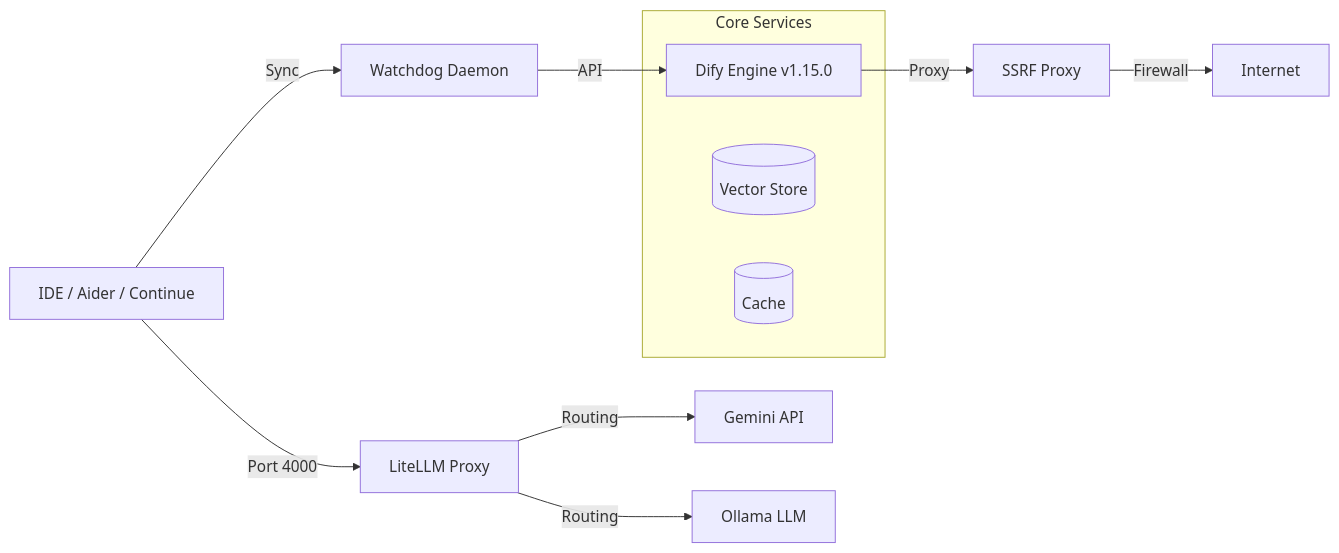
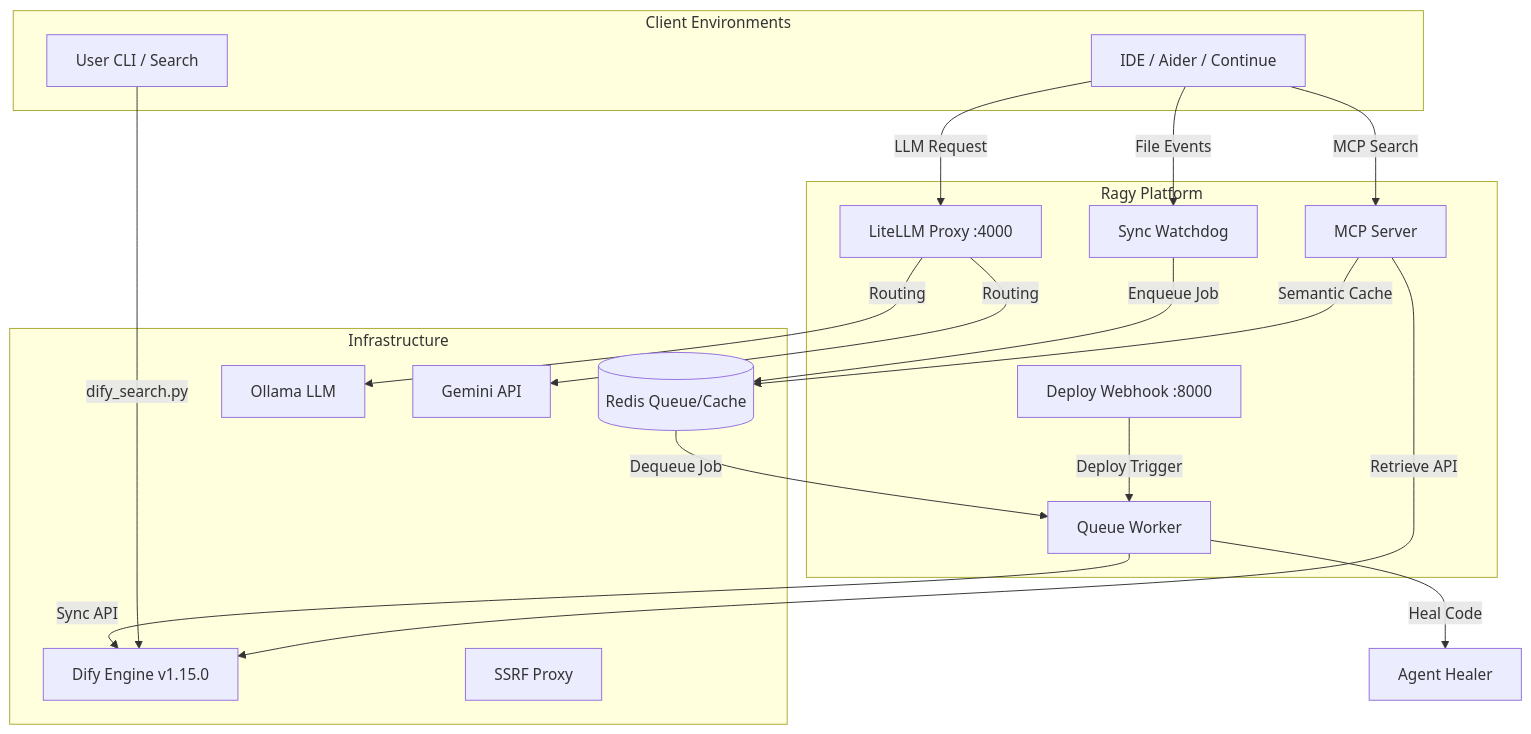
Before and after one commit to Morishita-mm/My-RAG-Agent-System: the diagram in README.md, drawn with Mermaid. The commit also changed other lines of this file, not shown here.

Commit message:
docs: アーキテクチャのアップデートに伴うREADMEの更新

````diff
--- a/README.md
+++ b/README.md
@@ -13,19 +13,41 @@
 ```mermaid
-graph LR
-    IDE[IDE / Aider / Continue] -->|Port 4000| LiteLLM[LiteLLM Proxy]
-    LiteLLM -->|Routing| Gemini[Gemini API]
-    LiteLLM -->|Routing| Ollama[Ollama LLM]
+graph TD
+    subgraph Client Environments
+        IDE[IDE / Aider / Continue]
+        CLI[User CLI / Search]
+    end
+
+    subgraph Ragy Platform
+        LiteLLM[LiteLLM Proxy :4000]
+        Watchdog[Sync Watchdog]
+        Worker[Queue Worker]
+        MCP[MCP Server]
+        Webhook[Deploy Webhook :8000]
+    end
+
+    subgraph Infrastructure
+        Redis[(Redis Queue/Cache)]
+        Dify[Dify Engine v1.15.0]
+        Ollama[Ollama LLM]
+        Gemini[Gemini API]
+        SSRF[SSRF Proxy]
+    end
+
+    IDE -->|LLM Request| LiteLLM
+    LiteLLM -->|Routing| Gemini
+    LiteLLM -->|Routing| Ollama
+
+    IDE -->|File Events| Watchdog
+    Watchdog -->|Enqueue Job| Redis
     
-    subgraph Core Services
-        Dify[Dify Engine v1.15.0]
-        Weaviate[(Vector Store)]
-        Redis[(Cache)]
-    end
+    Redis -->|Dequeue Job| Worker
+    Worker -->|Sync API| Dify
+    Worker -->|Heal Code| Healer[Agent Healer]
+
+    CLI -->|dify_search.py| Dify
+    IDE -->|MCP Search| MCP
+    MCP -->|Retrieve API| Dify
+    MCP -->|Semantic Cache| Redis
     
-    IDE -->|Sync| Watchdog[Watchdog Daemon]
-    Watchdog -->|API| Dify
-    
-    Dify -->|Proxy| SSRF[SSRF Proxy]
-    SSRF -->|Firewall| Internet
-
+    Webhook -->|Deploy Trigger| Worker
 ```
````
